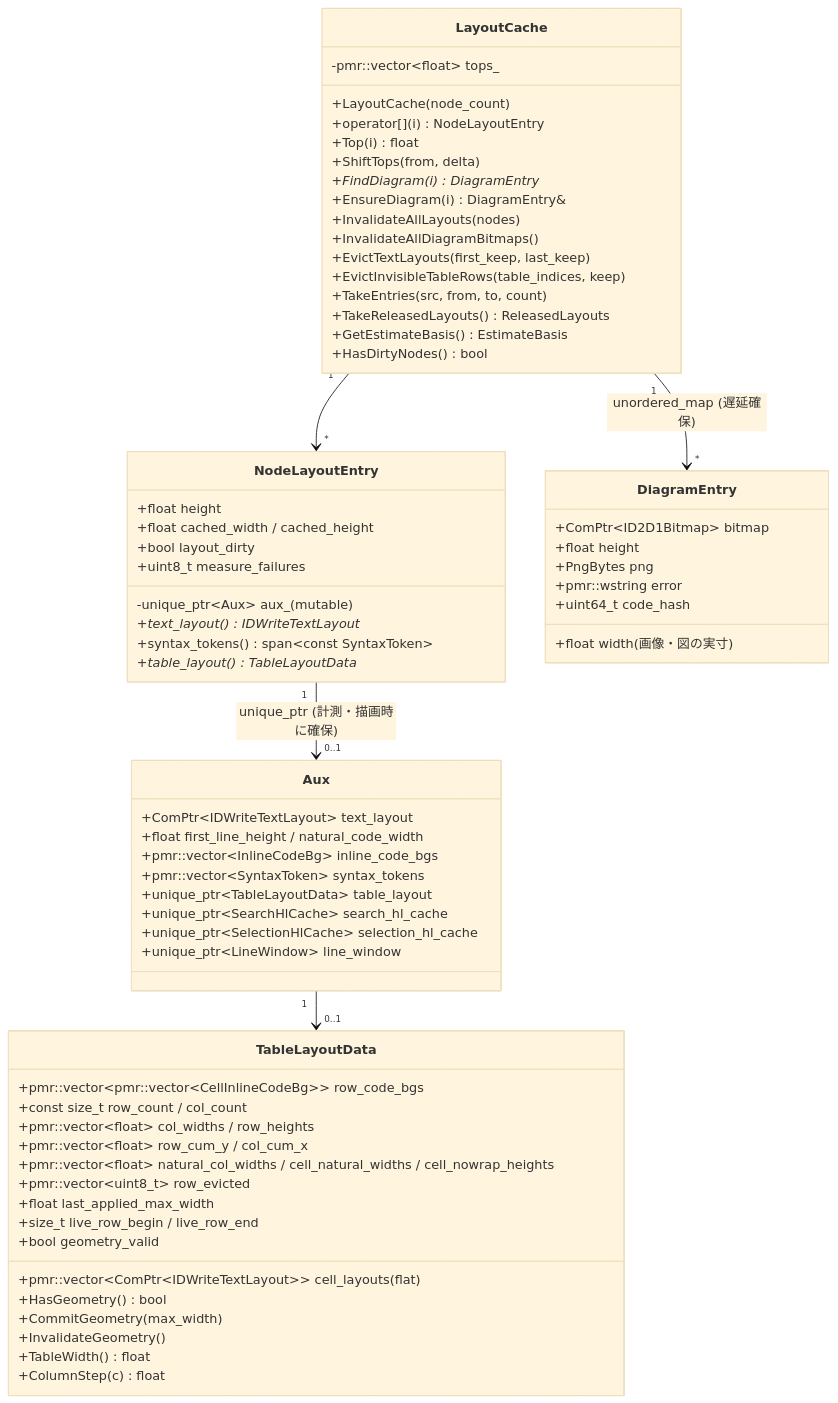
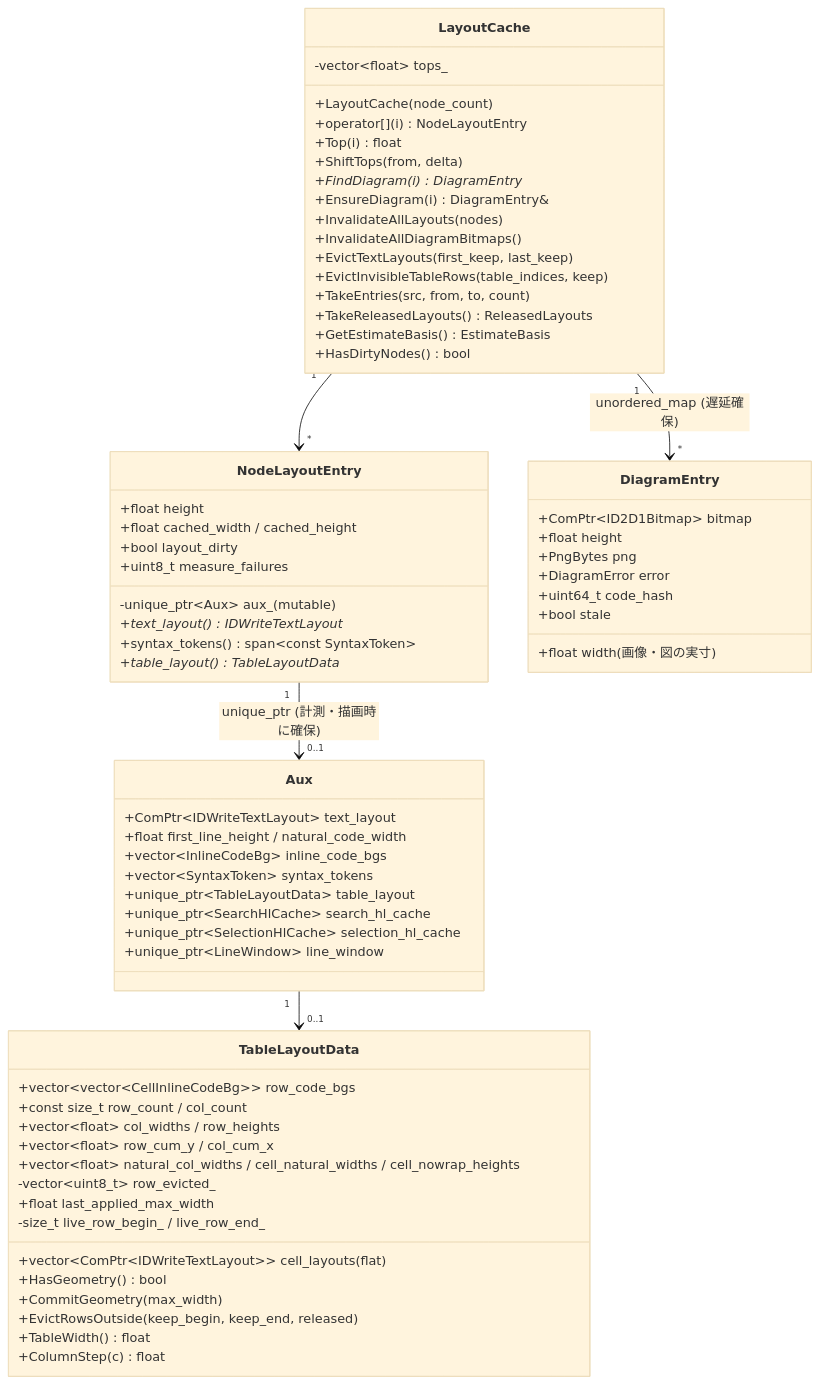
One commit to tanaton/mendo changed diagram 16 of 27 in example/test.md. Above: the diagram before and after it, drawn with Mermaid (base theme). The commit also changed other lines of this file and 119 other files, not shown here.

````diff
--- a/example/test.md
+++ b/example/test.md
@@ -2860,74 +2900,74 @@
 ```mermaid
 classDiagram
     class LayoutCache {
         +LayoutCache(node_count)
         +operator[](i) NodeLayoutEntry
         +Top(i) float
         +ShiftTops(from, delta)
         +FindDiagram(i) DiagramEntry*
         +EnsureDiagram(i) DiagramEntry&
         +InvalidateAllLayouts(nodes)
         +InvalidateAllDiagramBitmaps()
         +EvictTextLayouts(first_keep, last_keep)
         +EvictInvisibleTableRows(table_indices, keep)
         +TakeEntries(src, from, to, count)
         +TakeReleasedLayouts() ReleasedLayouts
         +GetEstimateBasis() EstimateBasis
         +HasDirtyNodes() bool
-        -pmr::vector~float~ tops_
+        -vector~float~ tops_
     }
 
     class NodeLayoutEntry {
         +float height
         +float cached_width / cached_height
         +bool layout_dirty
         +uint8_t measure_failures
         -unique_ptr~Aux~ aux_ (mutable)
         +text_layout() IDWriteTextLayout*
         +syntax_tokens() span~const SyntaxToken~
         +table_layout() TableLayoutData*
     }
 
     class Aux {
         +ComPtr~IDWriteTextLayout~ text_layout
         +float first_line_height / natural_code_width
-        +pmr::vector~InlineCodeBg~ inline_code_bgs
-        +pmr::vector~SyntaxToken~ syntax_tokens
+        +vector~InlineCodeBg~ inline_code_bgs
+        +vector~SyntaxToken~ syntax_tokens
         +unique_ptr~TableLayoutData~ table_layout
         +unique_ptr~SearchHlCache~ search_hl_cache
         +unique_ptr~SelectionHlCache~ selection_hl_cache
         +unique_ptr~LineWindow~ line_window
     }
 
     class TableLayoutData {
-        +pmr::vector~ComPtr~IDWriteTextLayout~~ cell_layouts (flat)
-        +pmr::vector~pmr::vector~CellInlineCodeBg~~ row_code_bgs
+        +vector~ComPtr~IDWriteTextLayout~~ cell_layouts (flat)
+        +vector~vector~CellInlineCodeBg~~ row_code_bgs
         +const size_t row_count / col_count
-        +pmr::vector~float~ col_widths / row_heights
-        +pmr::vector~float~ row_cum_y / col_cum_x
-        +pmr::vector~float~ natural_col_widths / cell_natural_widths / cell_nowrap_heights
-        +pmr::vector~uint8_t~ row_evicted
+        +vector~float~ col_widths / row_heights
+        +vector~float~ row_cum_y / col_cum_x
+        +vector~float~ natural_col_widths / cell_natural_widths / cell_nowrap_heights
+        -vector~uint8_t~ row_evicted_
         +float last_applied_max_width
-        +size_t live_row_begin / live_row_end
-        +bool geometry_valid
+        -size_t live_row_begin_ / live_row_end_
         +HasGeometry() bool
         +CommitGeometry(max_width)
-        +InvalidateGeometry()
+        +EvictRowsOutside(keep_begin, keep_end, released)
         +TableWidth() float
         +ColumnStep(c) float
     }
 
     class DiagramEntry {
         +ComPtr~ID2D1Bitmap~ bitmap
         +float width (画像・図の実寸)
         +float height
         +PngBytes png
-        +pmr::wstring error
+        +DiagramError error
         +uint64_t code_hash
+        +bool stale
     }
 
     LayoutCache "1" --> "*" NodeLayoutEntry
     LayoutCache "1" --> "*" DiagramEntry : unordered_map (遅延確保)
     NodeLayoutEntry "1" --> "0..1" Aux : unique_ptr (計測・描画時に確保)
     Aux "1" --> "0..1" TableLayoutData
 ```
````
